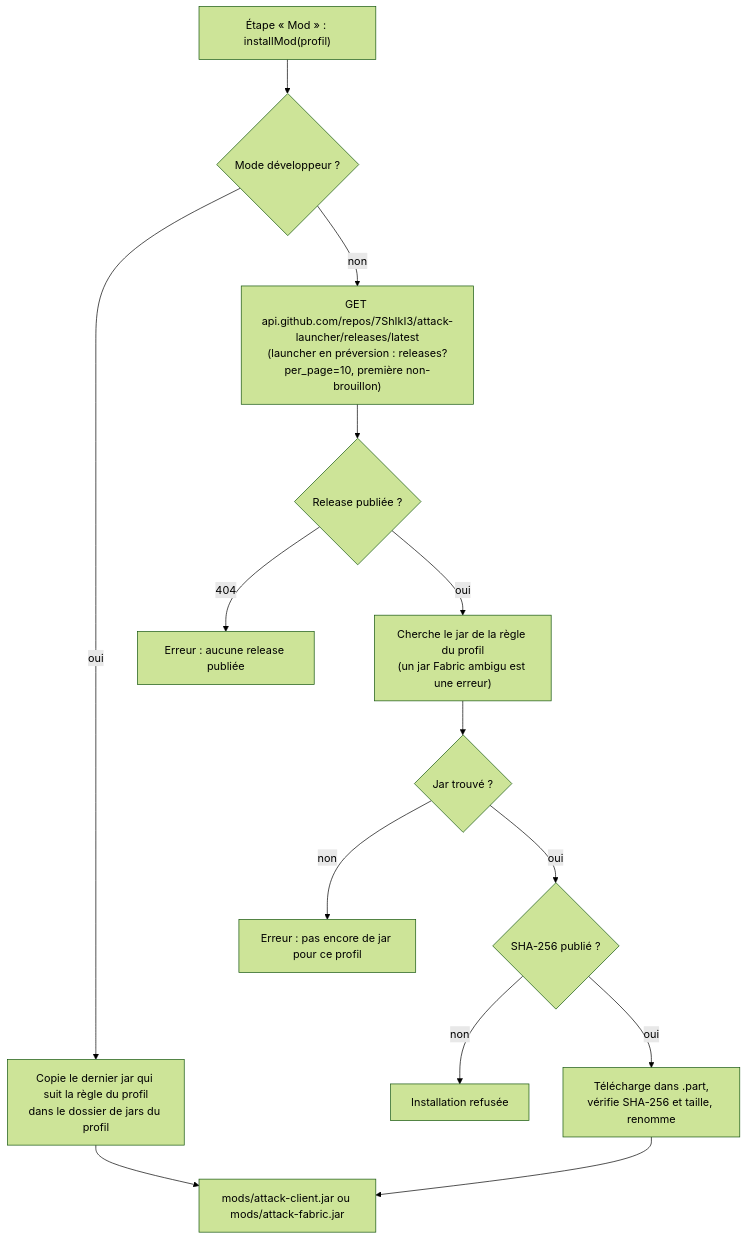
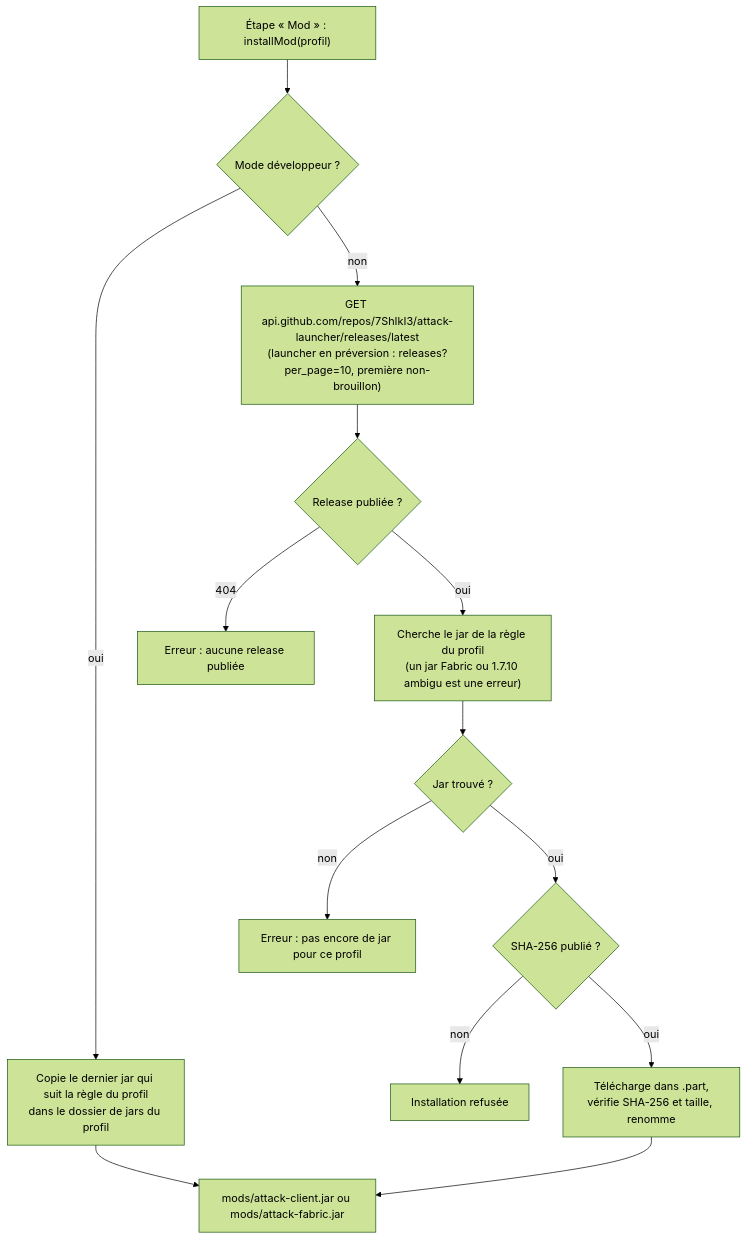
Before and after one commit to 7ShIkI3/attack-launcher: the second of 3 diagrams in docs/wiki/Installation-et-mises-a-jour.md, drawn with Mermaid (forest theme). The commit also changed other lines of this file and 7 other files, not shown here.

````diff
--- a/docs/wiki/Installation-et-mises-a-jour.md
+++ b/docs/wiki/Installation-et-mises-a-jour.md
@@ -309,16 +327,16 @@
 ```mermaid
 flowchart TD
   A["Étape « Mod » : installMod(profil)"] --> B{"Mode développeur ?"}
   B -->|oui| C["Copie le dernier jar qui suit la règle du profil<br>dans le dossier de jars du profil"]
   B -->|non| D["GET api.github.com/repos/7ShIkI3/attack-launcher/releases/latest<br>(launcher en préversion : releases?per_page=10, première non-brouillon)"]
   D --> E{"Release publiée ?"}
   E -->|"404"| X["Erreur : aucune release publiée"]
-  E -->|oui| F["Cherche le jar de la règle du profil<br>(un jar Fabric ambigu est une erreur)"]
+  E -->|oui| F["Cherche le jar de la règle du profil<br>(un jar Fabric ou 1.7.10 ambigu est une erreur)"]
   F --> J{"Jar trouvé ?"}
   J -->|non| W["Erreur : pas encore de jar pour ce profil"]
   J -->|oui| G{"SHA-256 publié ?"}
   G -->|non| Y["Installation refusée"]
   G -->|oui| H["Télécharge dans .part,<br>vérifie SHA-256 et taille, renomme"]
   C --> Z["mods/attack-client.jar ou mods/attack-fabric.jar"]
   H --> Z
 ```
````
